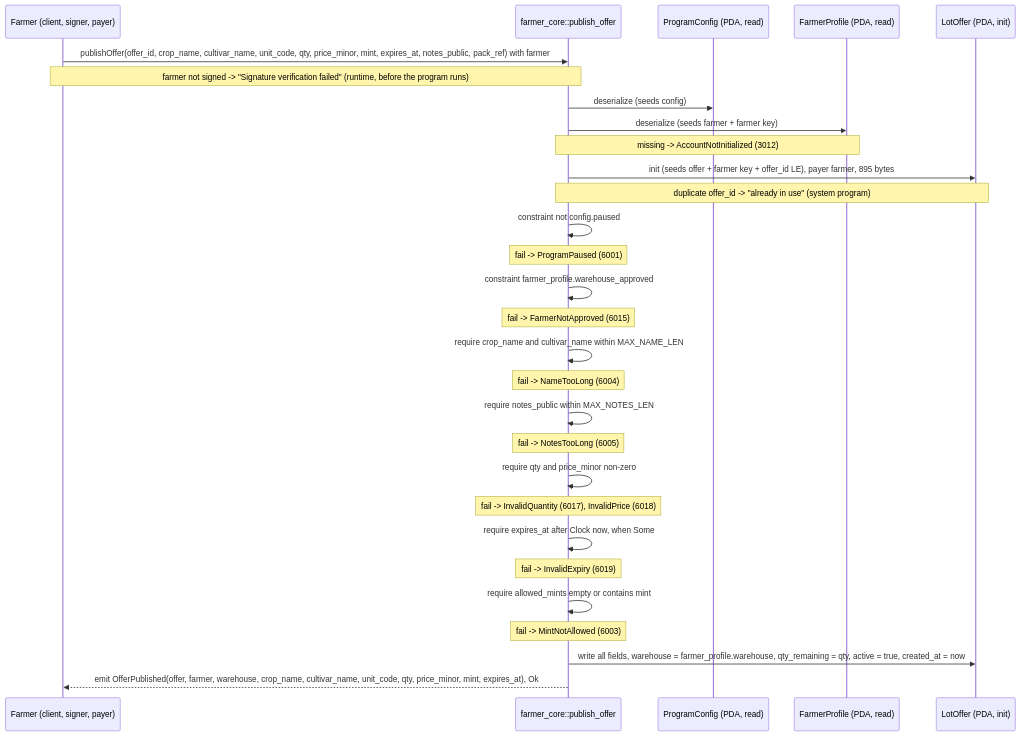
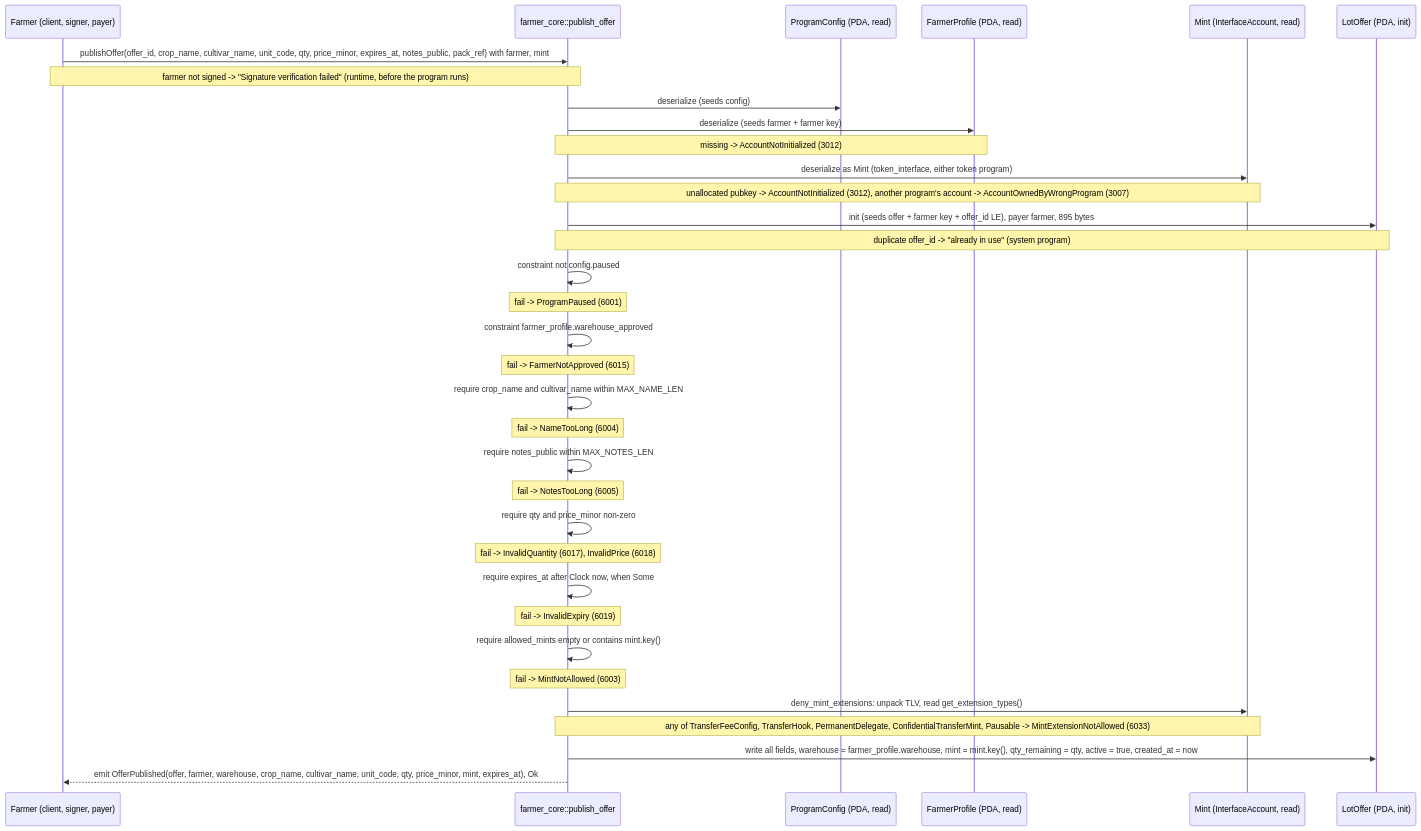
One commit to disneyhomeshow/katubaya-solana changed the diagram in LLM/instructions/publish_offer/HOW_IT_WORKS.md. Above: the diagram before and after it, drawn with Mermaid. The commit also changed other lines of this file and 29 other files, not shown here.

First line of the commit message:
M6.1: warehouse updates, mint extension guard, expiry boundary

````diff
--- a/LLM/instructions/publish_offer/HOW_IT_WORKS.md
+++ b/LLM/instructions/publish_offer/HOW_IT_WORKS.md
@@ -14,32 +16,37 @@
 ```mermaid
 sequenceDiagram
     participant F as Farmer (client, signer, payer)
     participant Pg as farmer_core::publish_offer
     participant CF as ProgramConfig (PDA, read)
     participant FP as FarmerProfile (PDA, read)
+    participant M as Mint (InterfaceAccount, read)
     participant LO as LotOffer (PDA, init)
 
-    F->>Pg: publishOffer(offer_id, crop_name, cultivar_name, unit_code, qty, price_minor, mint, expires_at, notes_public, pack_ref) with farmer
+    F->>Pg: publishOffer(offer_id, crop_name, cultivar_name, unit_code, qty, price_minor, expires_at, notes_public, pack_ref) with farmer, mint
     Note over F,Pg: farmer not signed -> "Signature verification failed" (runtime, before the program runs)
     Pg->>CF: deserialize (seeds config)
     Pg->>FP: deserialize (seeds farmer + farmer key)
     Note over Pg,FP: missing -> AccountNotInitialized (3012)
+    Pg->>M: deserialize as Mint (token_interface, either token program)
+    Note over Pg,M: unallocated pubkey -> AccountNotInitialized (3012), another program's account -> AccountOwnedByWrongProgram (3007)
     Pg->>LO: init (seeds offer + farmer key + offer_id LE), payer farmer, 895 bytes
     Note over Pg,LO: duplicate offer_id -> "already in use" (system program)
     Pg->>Pg: constraint not config.paused
     Note over Pg: fail -> ProgramPaused (6001)
     Pg->>Pg: constraint farmer_profile.warehouse_approved
     Note over Pg: fail -> FarmerNotApproved (6015)
     Pg->>Pg: require crop_name and cultivar_name within MAX_NAME_LEN
     Note over Pg: fail -> NameTooLong (6004)
     Pg->>Pg: require notes_public within MAX_NOTES_LEN
     Note over Pg: fail -> NotesTooLong (6005)
     Pg->>Pg: require qty and price_minor non-zero
     Note over Pg: fail -> InvalidQuantity (6017), InvalidPrice (6018)
     Pg->>Pg: require expires_at after Clock now, when Some
     Note over Pg: fail -> InvalidExpiry (6019)
-    Pg->>Pg: require allowed_mints empty or contains mint
+    Pg->>Pg: require allowed_mints empty or contains mint.key()
     Note over Pg: fail -> MintNotAllowed (6003)
-    Pg->>LO: write all fields, warehouse = farmer_profile.warehouse, qty_remaining = qty, active = true, created_at = now
+    Pg->>M: deny_mint_extensions: unpack TLV, read get_extension_types()
+    Note over Pg,M: any of TransferFeeConfig, TransferHook, PermanentDelegate, ConfidentialTransferMint, Pausable -> MintExtensionNotAllowed (6033)
+    Pg->>LO: write all fields, warehouse = farmer_profile.warehouse, mint = mint.key(), qty_remaining = qty, active = true, created_at = now
     Pg-->>F: emit OfferPublished(offer, farmer, warehouse, crop_name, cultivar_name, unit_code, qty, price_minor, mint, expires_at), Ok
 ```
````
